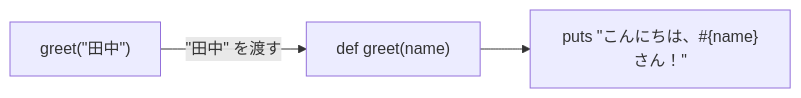
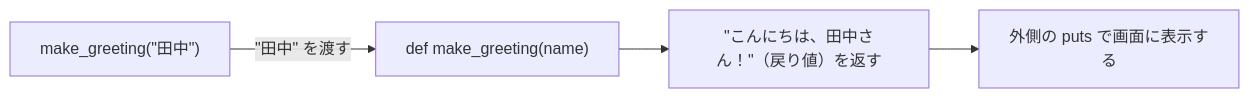
The second of 2 diagrams in 07/orientation.md (TORIFUKUKaiou/rails-dojo-year1-content), drawn with Mermaid before and after one commit. The commit also changed other lines of this file, not shown here.

````diff
--- a/07/orientation.md
+++ b/07/orientation.md
@@ -152,5 +161,6 @@
 ```mermaid
 flowchart LR
-    A["greet(&quot;田中&quot;)"] -- "&quot;田中&quot; を渡す" --> B["def greet(name)"]
-    B --> C["puts &quot;こんにちは、#{name}さん！&quot;"]
+    A["make_greeting(&quot;田中&quot;)"] -- "&quot;田中&quot; を渡す" --> B["def make_greeting(name)"]
+    B --> C["&quot;こんにちは、田中さん！&quot;（戻り値）を返す"]
+    C --> D["外側の puts で画面に表示する"]
 ```
````
